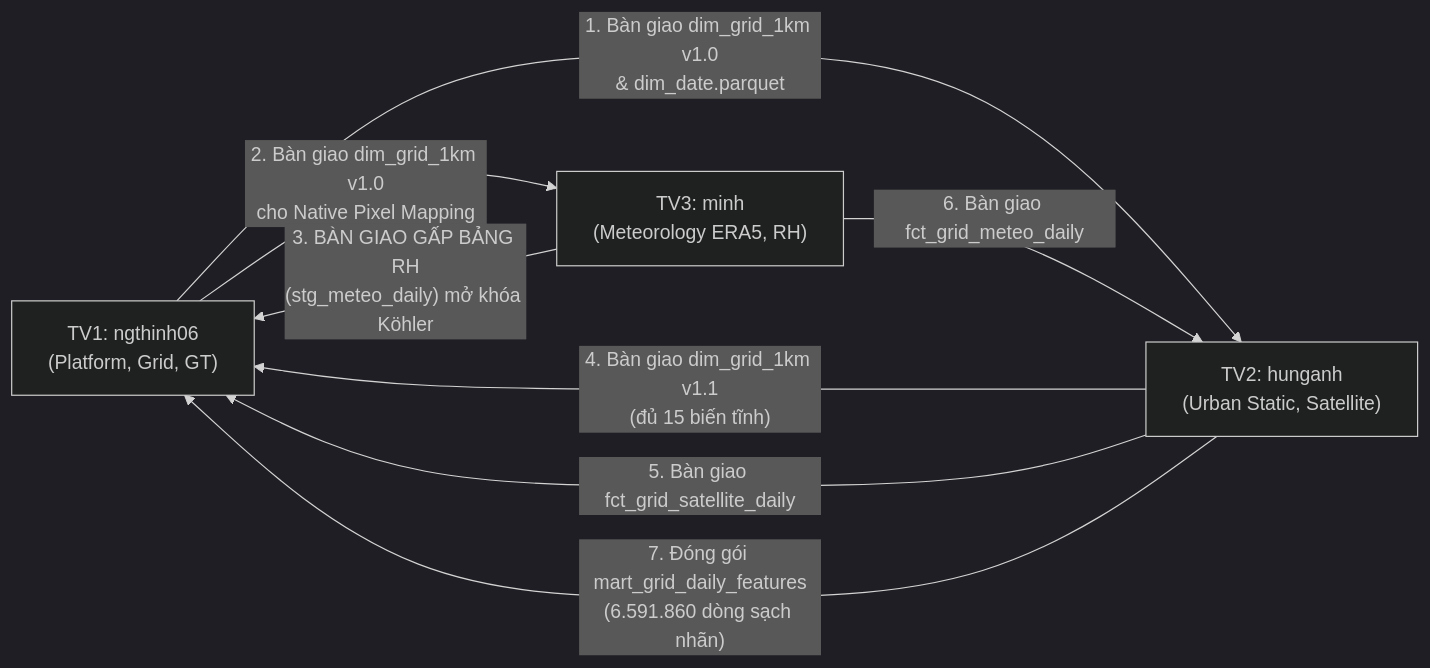
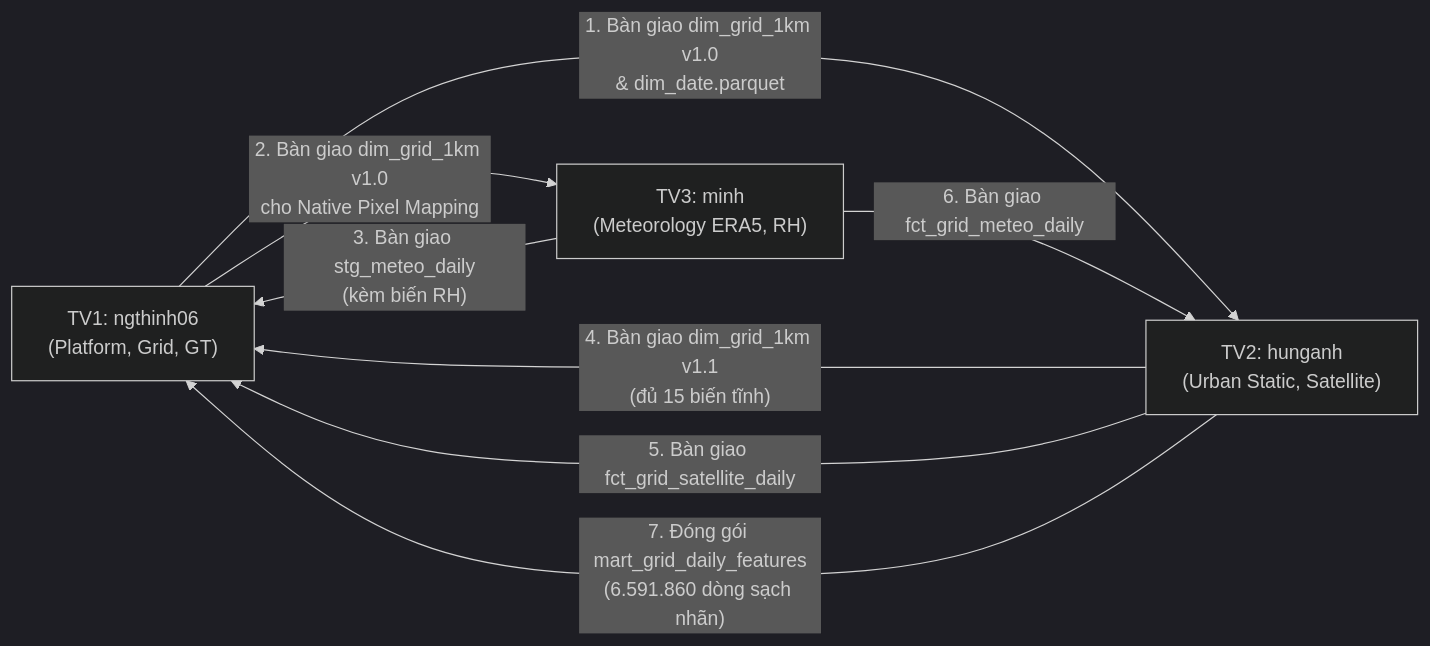
Before and after one commit to NguyenThinh06/hanoi_pm25: the diagram in docs/guide.md, drawn with Mermaid (dark theme). The commit also changed other lines of this file and 6 other files, not shown here.

````diff
--- a/docs/guide.md
+++ b/docs/guide.md
@@ -86,14 +86,14 @@
 ```mermaid
 flowchart LR
     TV1["TV1: ngthinh06<br/>(Platform, Grid, GT)"]
     TV2["TV2: hunganh<br/>(Urban Static, Satellite)"]
     TV3["TV3: minh<br/>(Meteorology ERA5, RH)"]
 
     TV1 -- "1. Bàn giao dim_grid_1km v1.0<br/>& dim_date.parquet" --> TV2
     TV1 -- "2. Bàn giao dim_grid_1km v1.0<br/>cho Native Pixel Mapping" --> TV3
-    TV3 -- "3. BÀN GIAO GẤP BẢNG RH<br/>(stg_meteo_daily) mở khóa Köhler" --> TV1
+    TV3 -- "3. Bàn giao stg_meteo_daily<br/>(kèm biến RH)" --> TV1
     TV2 -- "4. Bàn giao dim_grid_1km v1.1<br/>(đủ 15 biến tĩnh)" --> TV1
     TV2 -- "5. Bàn giao fct_grid_satellite_daily" --> TV1
     TV3 -- "6. Bàn giao fct_grid_meteo_daily" --> TV2
     TV2 -- "7. Đóng gói mart_grid_daily_features<br/>(6.591.860 dòng sạch nhãn)" --> TV1
 ```
````
